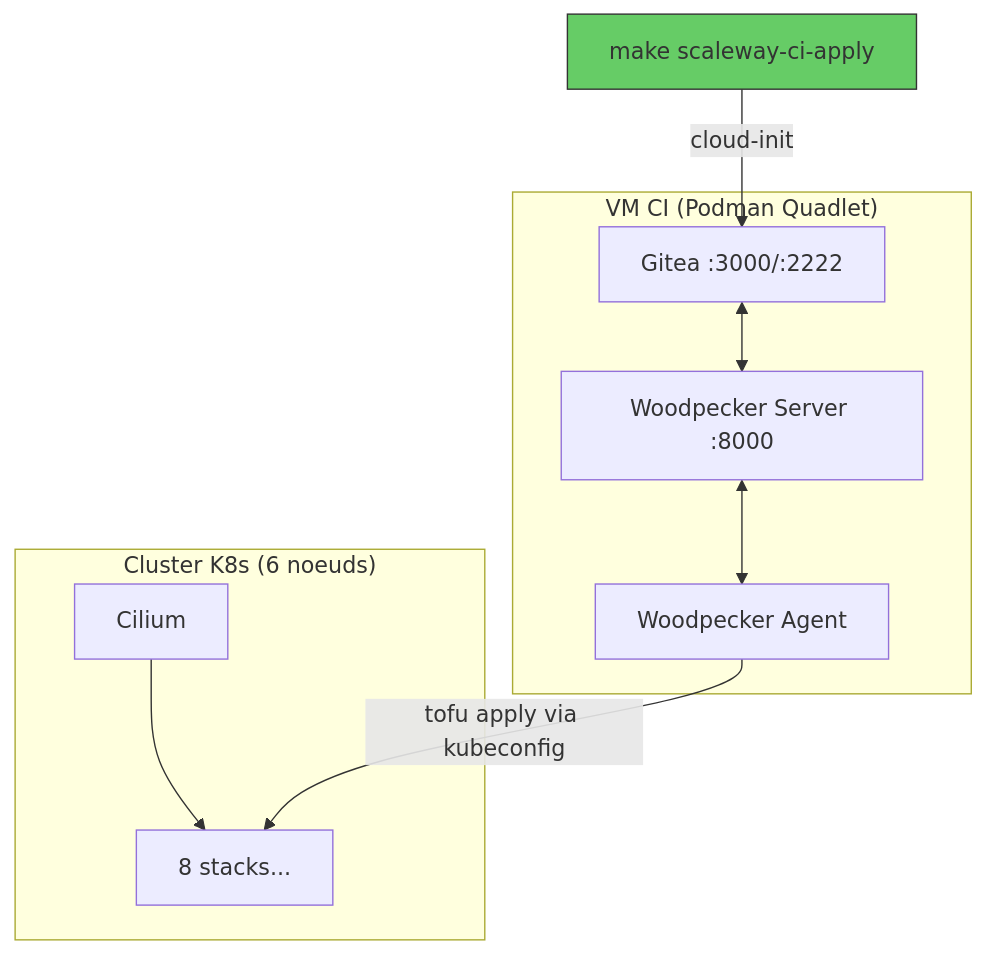
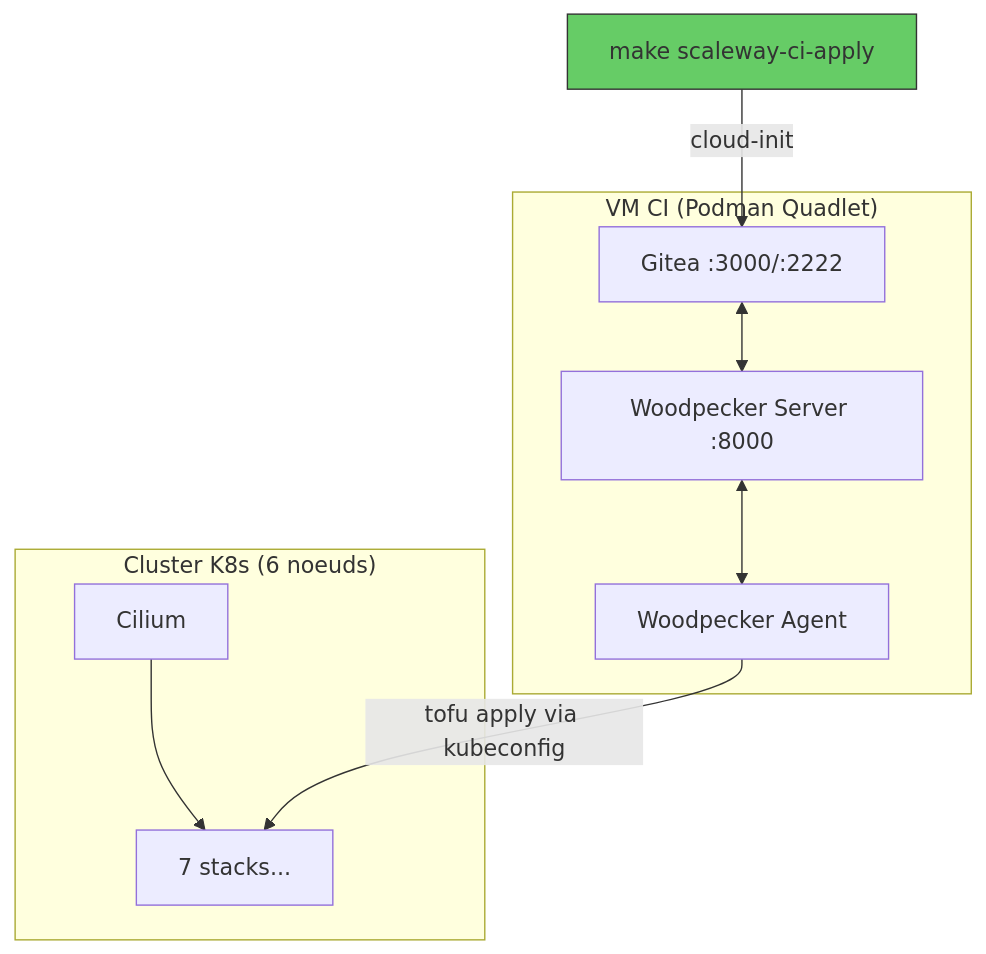
The ninth of 12 diagrams in docs/explanation/bootstrap.md (Destynova2/st4ck), drawn with Mermaid before and after one commit. The commit also changed other lines of this file and 17 other files, not shown here.

````diff
--- a/docs/explanation/bootstrap.md
+++ b/docs/explanation/bootstrap.md
@@ -164,19 +163,19 @@
 ```mermaid
 graph TB
     subgraph "VM CI (Podman Quadlet)"
         GITEA[Gitea :3000/:2222]
         WP_S[Woodpecker Server :8000]
         WP_A[Woodpecker Agent]
         GITEA <--> WP_S
         WP_S <--> WP_A
     end
 
     subgraph "Cluster K8s (6 noeuds)"
-        CNI[Cilium] --> STACKS[8 stacks...]
+        CNI[Cilium] --> STACKS[7 stacks...]
     end
 
     TF[make scaleway-ci-apply] -->|cloud-init| GITEA
     WP_A -->|tofu apply via kubeconfig| STACKS
 
     style TF fill:#6c6,stroke:#333
 ```
````
